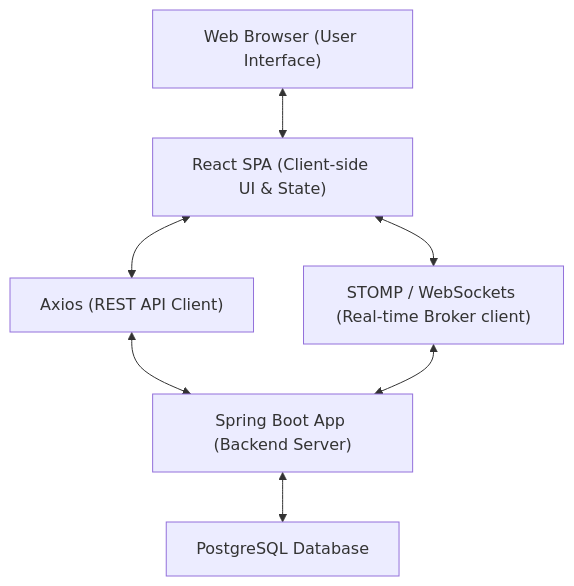
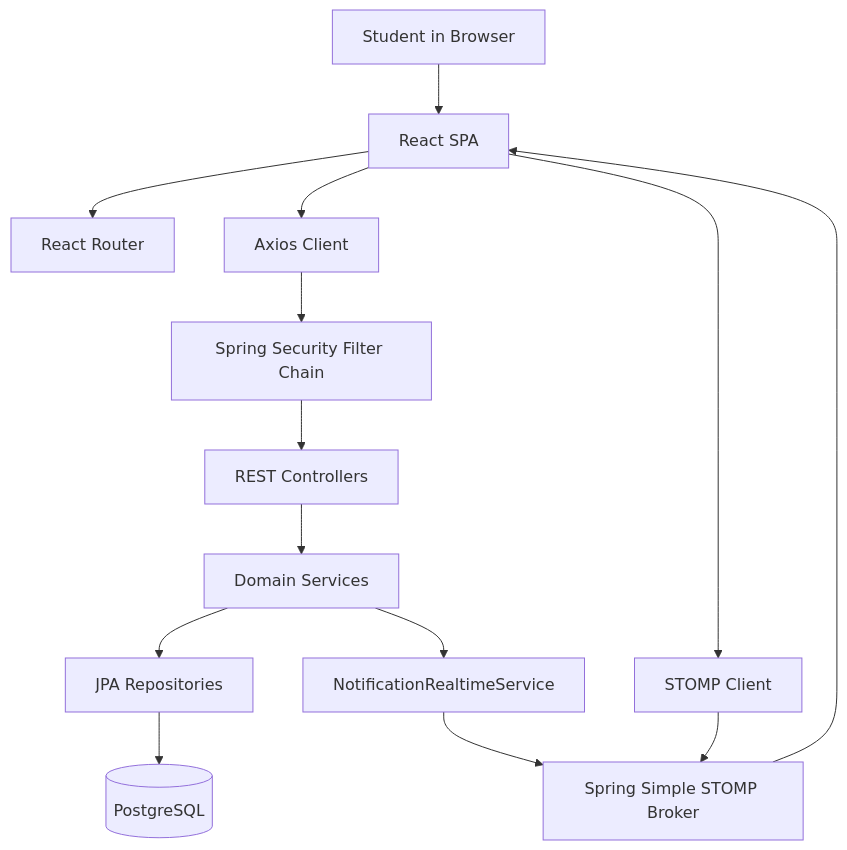
Before and after one commit to Risspecct/LifeOS: the first of 7 diagrams in docs/architecture.md, drawn with Mermaid. The commit also changed other lines of this file and 13 other files, not shown here.

````diff
--- a/docs/architecture.md
+++ b/docs/architecture.md
@@ -15,16 +9,16 @@
 ```mermaid
 graph TD
-    Browser["Web Browser (User Interface)"]
-    React["React SPA (Client-side UI & State)"]
-    Axios["Axios (REST API Client)"]
-    STOMP["STOMP / WebSockets (Real-time Broker client)"]
-    SpringBoot["Spring Boot App (Backend Server)"]
-    Postgres["PostgreSQL Database"]
-
-    Browser <--> React
-    React <--> Axios
-    React <--> STOMP
-    Axios <--> SpringBoot
-    STOMP <--> SpringBoot
-    SpringBoot <--> Postgres
+    User["Student in Browser"] --> React["React SPA"]
+    React --> Router["React Router"]
+    React --> Axios["Axios Client"]
+    React --> Stomp["STOMP Client"]
+    Axios --> Security["Spring Security Filter Chain"]
+    Security --> Controllers["REST Controllers"]
+    Controllers --> Services["Domain Services"]
+    Services --> Repositories["JPA Repositories"]
+    Repositories --> Database[("PostgreSQL")]
+    Services --> Realtime["NotificationRealtimeService"]
+    Stomp --> Broker["Spring Simple STOMP Broker"]
+    Realtime --> Broker
+    Broker --> React
 ```
````
